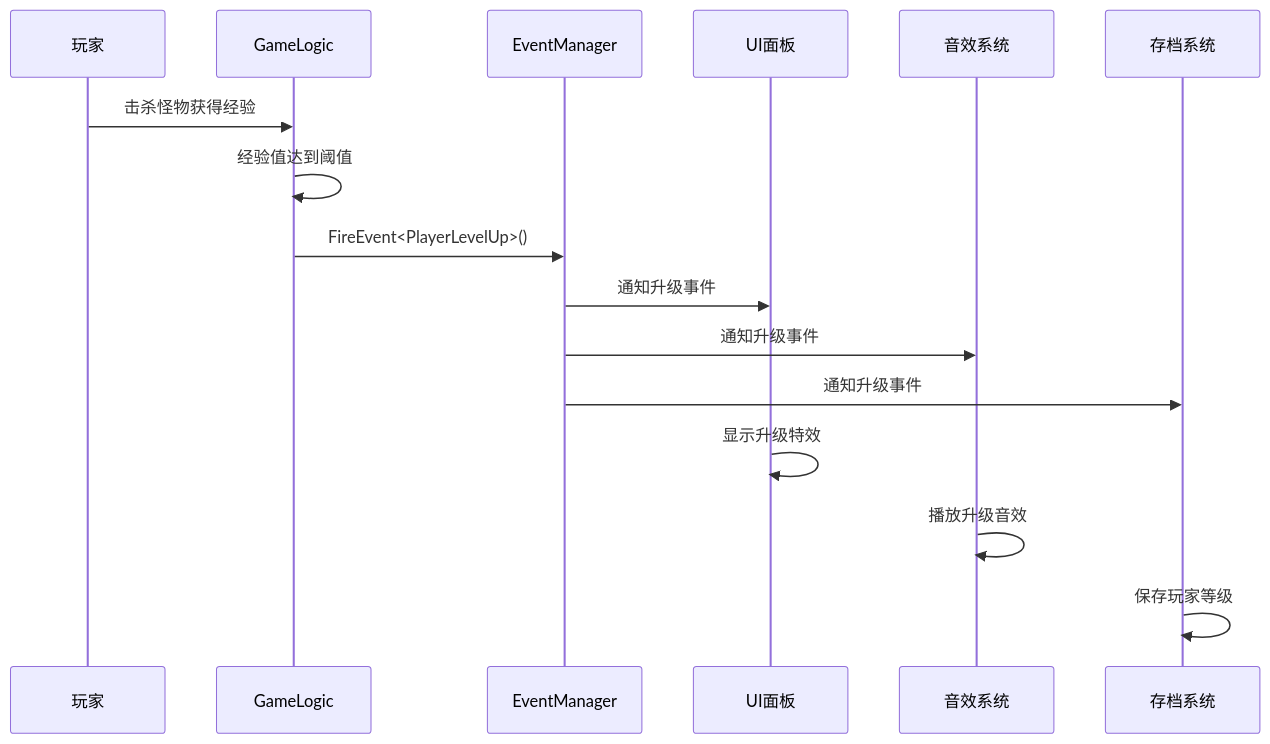
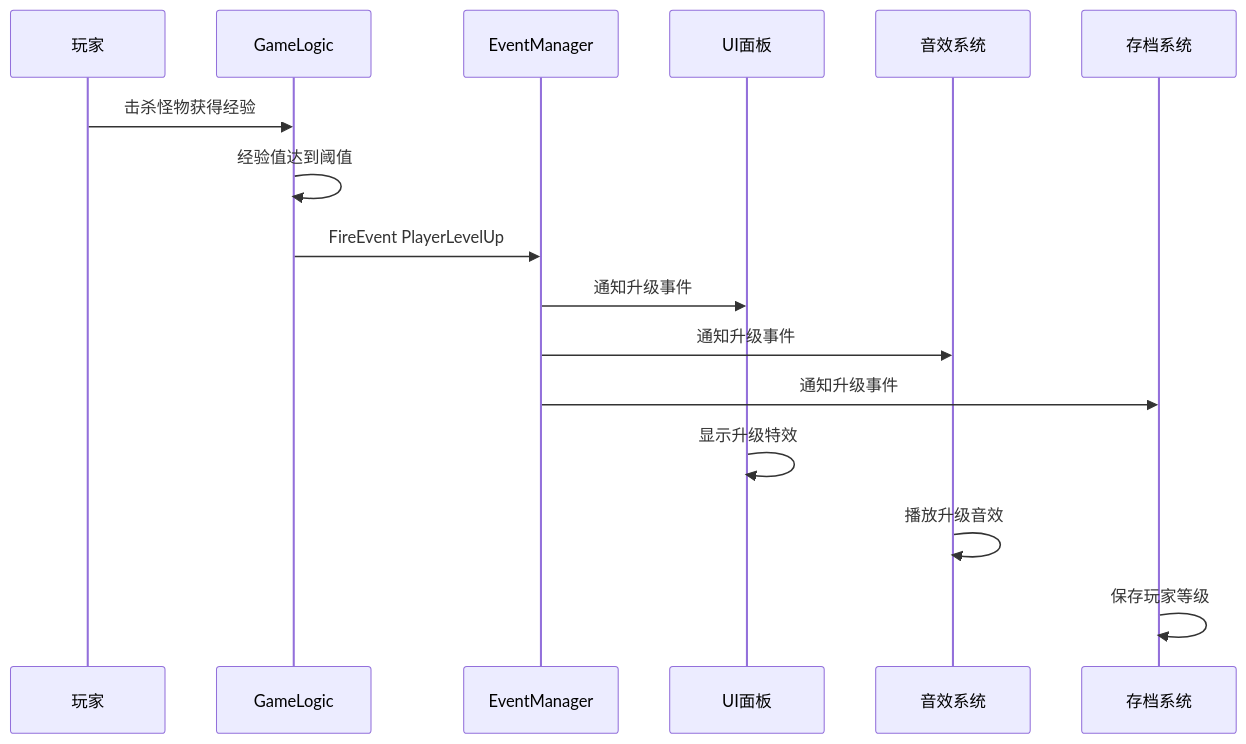
Before and after one commit to KTSAMA001/AgentSkill-Akasha-KT: the fourth of 7 diagrams in data/kira-framework-analysis.md, drawn with Mermaid. The commit also changed other lines of this file, not shown here.

First line of the commit message:
fix: correct Mermaid syntax in kira-framework-analysis.md

````diff
--- a/data/kira-framework-analysis.md
+++ b/data/kira-framework-analysis.md
@@ -150,19 +150,19 @@
 ```mermaid
 sequenceDiagram
-    participant 玩家
-    participant GameLogic
-    participant EventManager
-    participant UI面板
-    participant 音效系统
-    participant 存档系统
+    participant player as 玩家
+    participant logic as GameLogic
+    participant event as EventManager
+    participant ui as UI面板
+    participant audio as 音效系统
+    participant save as 存档系统
 
-    玩家->>GameLogic: 击杀怪物获得经验
-    GameLogic->>GameLogic: 经验值达到阈值
-    GameLogic->>EventManager: FireEvent<PlayerLevelUp>()
-    EventManager->>UI面板: 通知升级事件
-    EventManager->>音效系统: 通知升级事件
-    EventManager->>存档系统: 通知升级事件
-    UI面板->>UI面板: 显示升级特效
-    音效系统->>音效系统: 播放升级音效
-    存档系统->>存档系统: 保存玩家等级
+    player->>logic: 击杀怪物获得经验
+    logic->>logic: 经验值达到阈值
+    logic->>event: FireEvent PlayerLevelUp
+    event->>ui: 通知升级事件
+    event->>audio: 通知升级事件
+    event->>save: 通知升级事件
+    ui->>ui: 显示升级特效
+    audio->>audio: 播放升级音效
+    save->>save: 保存玩家等级
 ```
````
